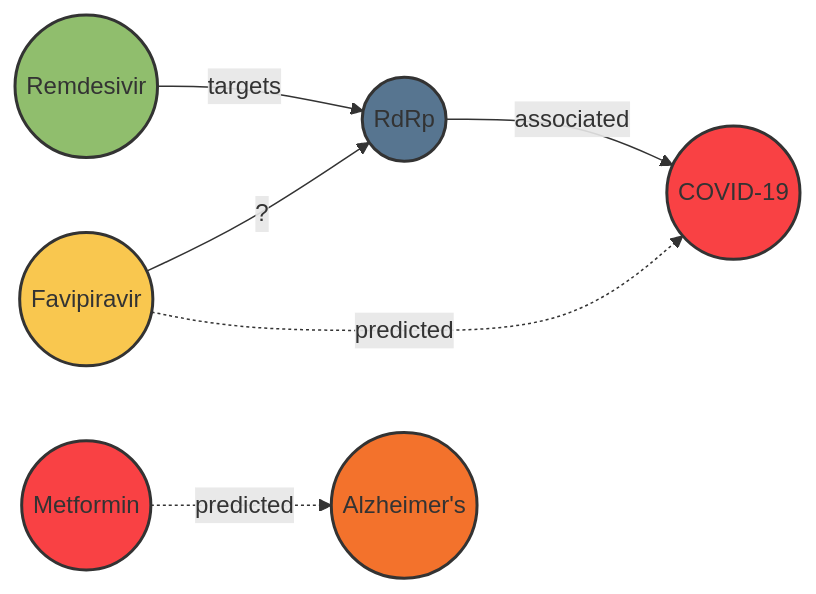
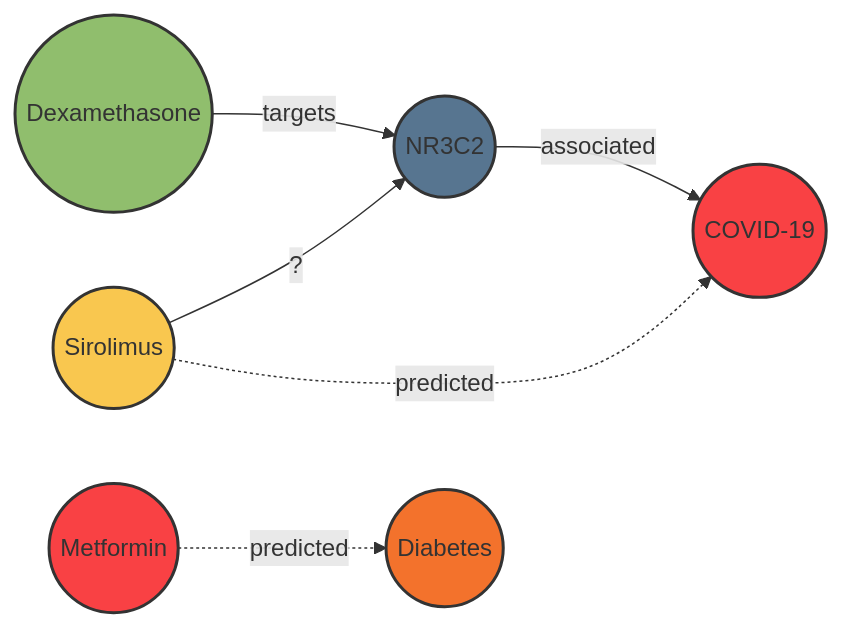
One commit to phiwi/graphnn_lecture changed diagram 11 of 13 in slides.md. Above: the diagram before and after it, drawn with Mermaid. The commit also changed other lines of this file, not shown here.

````diff
--- a/slides.md
+++ b/slides.md
@@ -1374,14 +1686,14 @@
 ```mermaid
 graph LR
-  DrugA((Remdesivir)) -- targets --> Prot1((RdRp))
-  Prot1 -- associated --> Dis1((COVID-19))
-  DrugB((Favipiravir)) -- ? --> Prot1
+  DrugA((Dexamethasone)) -- targets --> Gene1((NR3C2))
+  Gene1 -- associated --> Dis1((COVID-19))
+  DrugB((Sirolimus)) -- ? --> Gene1
   DrugB -. predicted .-> Dis1
-  DrugC((Metformin)) -. predicted .-> Dis2((Alzheimer's))
+  DrugC((Metformin)) -. predicted .-> Dis2((Diabetes))
   style DrugA fill:#90be6d,stroke:#333,stroke-width:2px
   style DrugB fill:#f9c74f,stroke:#333,stroke-width:2px
   style DrugC fill:#f94144,stroke:#333,stroke-width:2px
-  style Prot1 fill:#577590,stroke:#333,stroke-width:2px
+  style Gene1 fill:#577590,stroke:#333,stroke-width:2px
   style Dis1 fill:#f94144,stroke:#333,stroke-width:2px
   style Dis2 fill:#f3722c,stroke:#333,stroke-width:2px
 ```
````
